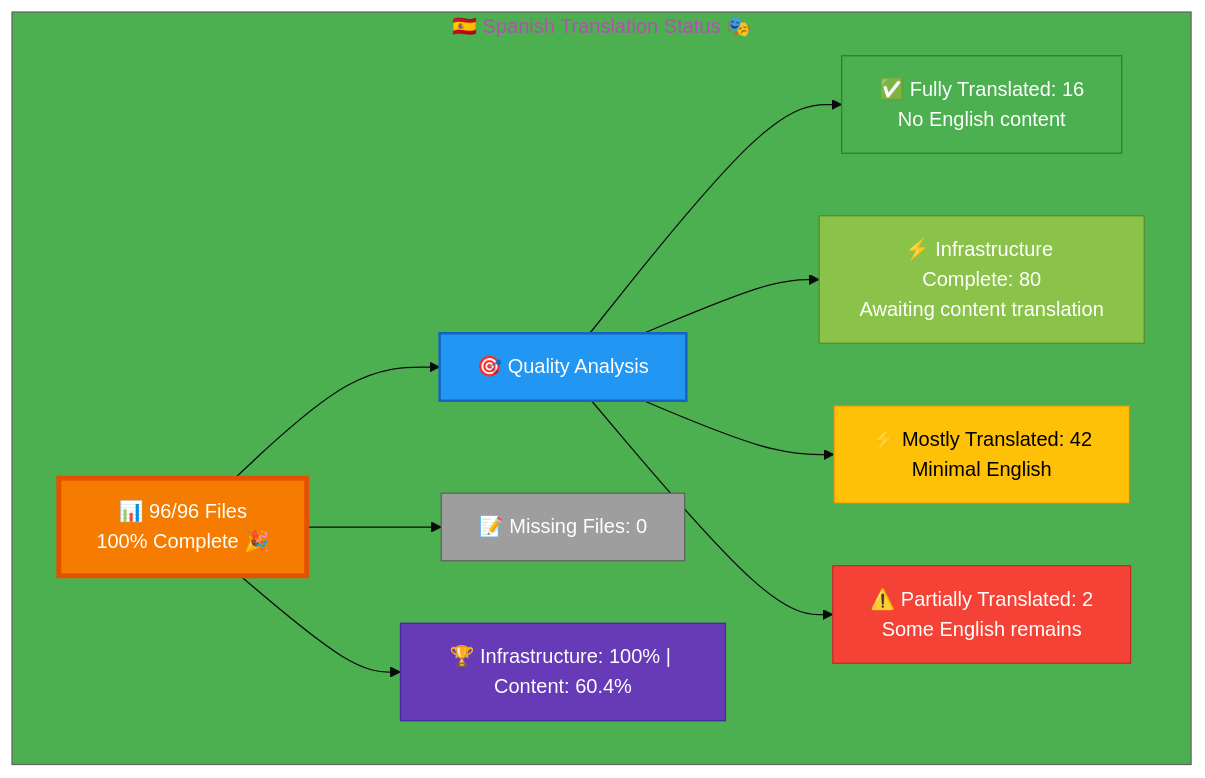
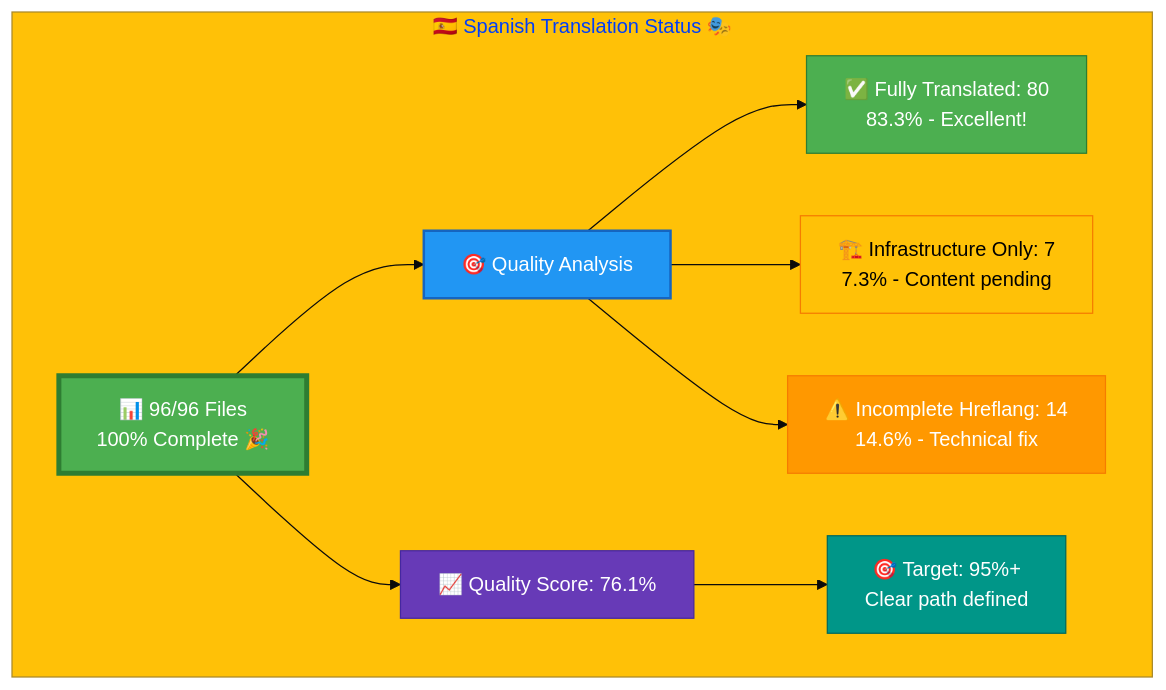
The diagram in Spanish-Translation-Status.md (Hack23/homepage), drawn with Mermaid before and after one commit. The commit also changed other lines of this file, not shown here.

Commit message:
Update Spanish-Translation-Status.md with accurate quality assessment (76.1%)

````diff
--- a/Spanish-Translation-Status.md
+++ b/Spanish-Translation-Status.md
@@ -12,26 +13,23 @@
 ```mermaid
-%%{init: {'theme':'base', 'themeVariables': {'primaryColor':'#F57C00','secondaryColor':'#2196F3','tertiaryColor':'#4CAF50','fontSize':'16px'}}}%%
+%%{init: {'theme':'base', 'themeVariables': {'primaryColor':'#4CAF50','secondaryColor':'#2196F3','tertiaryColor':'#FFC107','fontSize':'16px'}}}%%
 graph TB
     subgraph "🇪🇸 Spanish Translation Status 🎭"
         A["📊 96/96 Files<br/>100% Complete 🎉"]
         
         A --> B["🎯 Quality Analysis"]
-        B --> C["✅ Fully Translated: 16<br/>No English content"]
-        B --> D["⚡ Infrastructure Complete: 80<br/>Awaiting content translation"]
-        B --> E["⚡ Mostly Translated: 42<br/>Minimal English"]
-        B --> F["⚠️  Partially Translated: 2<br/>Some English remains"]
+        B --> C["✅ Fully Translated: 80<br/>83.3% - Excellent!"]
+        B --> D["🏗️ Infrastructure Only: 7<br/>7.3% - Content pending"]
+        B --> E["⚠️ Incomplete Hreflang: 14<br/>14.6% - Technical fix"]
         
-        A --> G["📝 Missing Files: 0"]
+        A --> G["📈 Quality Score: 76.1%"]
+        G --> H["🎯 Target: 95%+<br/>Clear path defined"]
         
-        A --> H["🏆 Infrastructure: 100% | Content: 60.4%"]
-        
-        style A fill:#F57C00,stroke:#E65100,color:#fff,stroke-width:4px
+        style A fill:#4CAF50,stroke:#2E7D32,color:#fff,stroke-width:4px
         style B fill:#2196F3,stroke:#1565C0,color:#fff,stroke-width:2px
         style C fill:#4CAF50,stroke:#2E7D32,color:#fff
-        style D fill:#8BC34A,stroke:#558B2F,color:#fff
-        style E fill:#FFC107,stroke:#F57C00,color:#000
-        style F fill:#F44336,stroke:#C62828,color:#fff
-        style G fill:#9E9E9E,stroke:#616161,color:#fff
-        style H fill:#673AB7,stroke:#4527A0,color:#fff
+        style D fill:#FFC107,stroke:#F57C00,color:#000
+        style E fill:#FF9800,stroke:#F57C00,color:#fff
+        style G fill:#673AB7,stroke:#4527A0,color:#fff
+        style H fill:#009688,stroke:#00695C,color:#fff
     end
 ```
````
